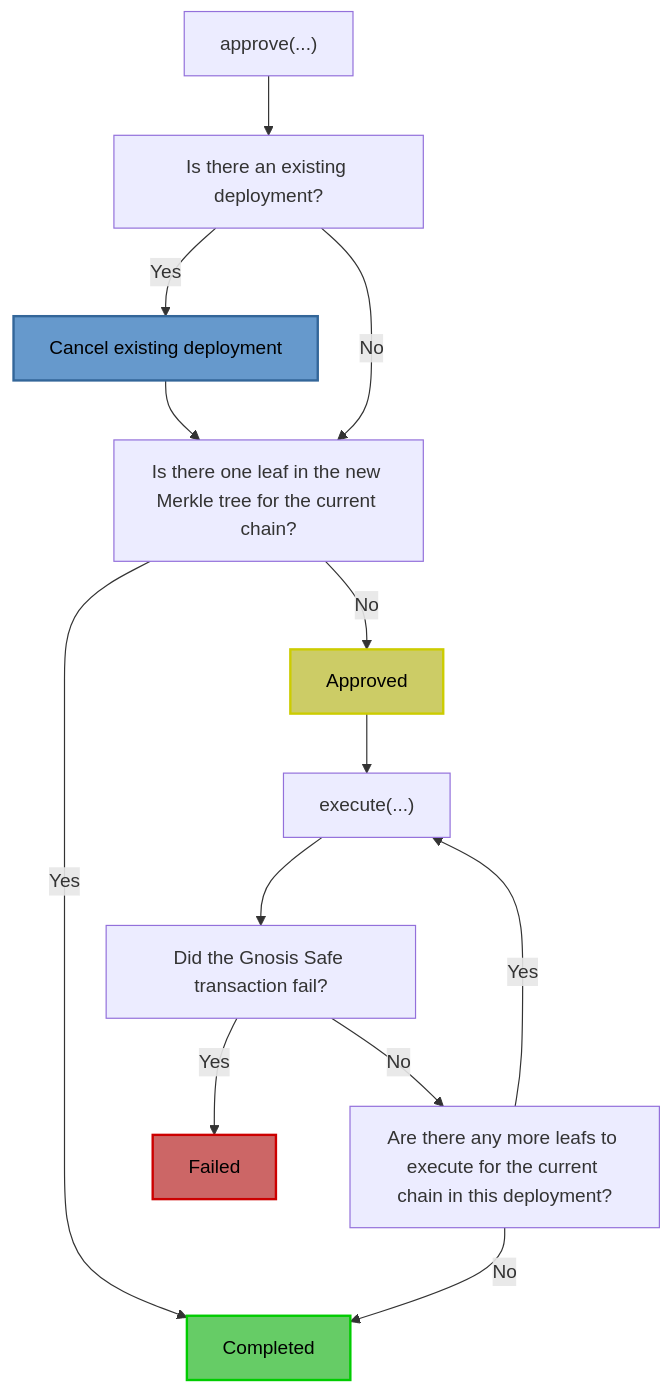
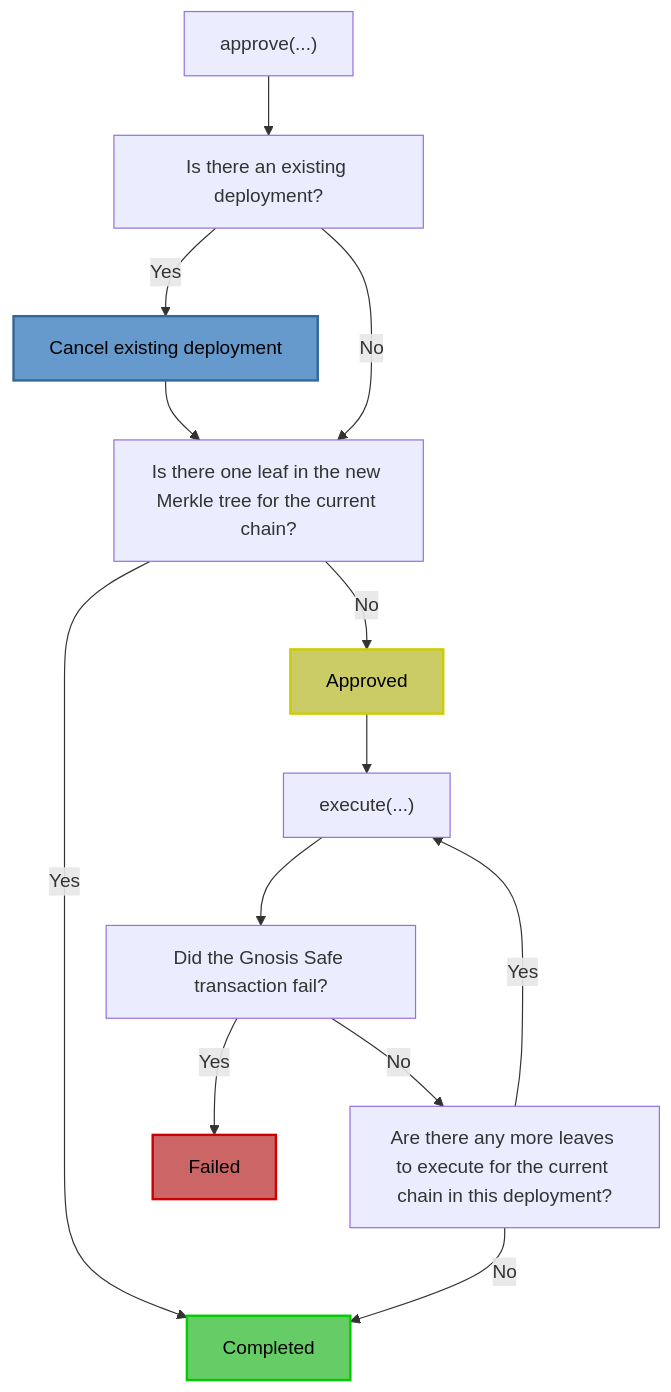
The diagram in specs/sphinx-module-proxy.md (sphinx-labs/sphinx), drawn with Mermaid before and after one commit. The commit also changed other lines of this file and 28 other files, not shown here.

````diff
--- a/specs/sphinx-module-proxy.md
+++ b/specs/sphinx-module-proxy.md
@@ -78,19 +78,19 @@
 ```mermaid
 graph TD
     style C fill:#cccc66,stroke:#cccc00,stroke-width:2px,color:black
     style B fill:#66cc66,stroke:#00cc00,stroke-width:2px,color:black
     style F fill:#cc6666,stroke:#cc0000,stroke-width:2px,color:black
     style I fill:#6699cc,stroke:#336699,stroke-width:2px,color:black
     Z["approve(...)"] --> H[Is there an existing deployment?]
     H -->|Yes| I[Cancel existing deployment]
     H -->|No| A[Is there one leaf in the new Merkle tree for the current chain?]
     I -->A
     A -->|Yes| B[Completed]
     A -->|No| C[Approved]
     C --> D["execute(...)"]
     D --> E[Did the Gnosis Safe transaction fail?]
     E -->|Yes| F[Failed]
-    E -->|No| G[Are there any more leafs to execute for the current chain in this deployment?]
+    E -->|No| G[Are there any more leaves to execute for the current chain in this deployment?]
     G -->|Yes| D
     G -->|No| B
 ```
````
